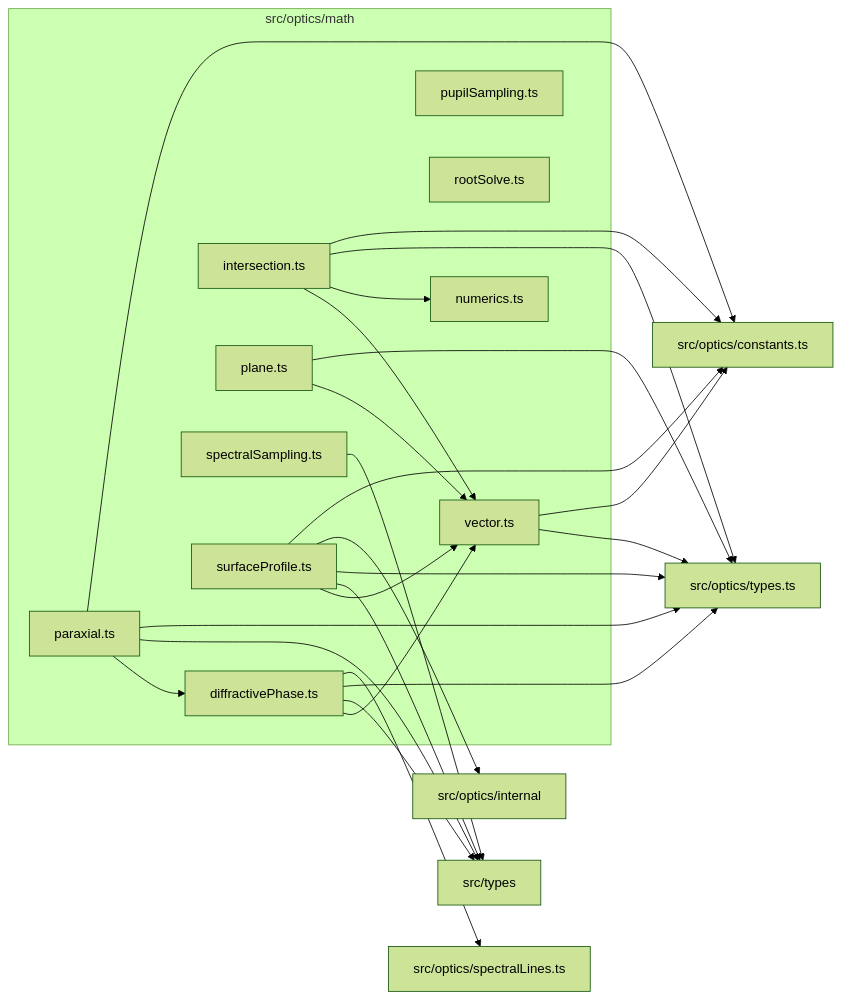
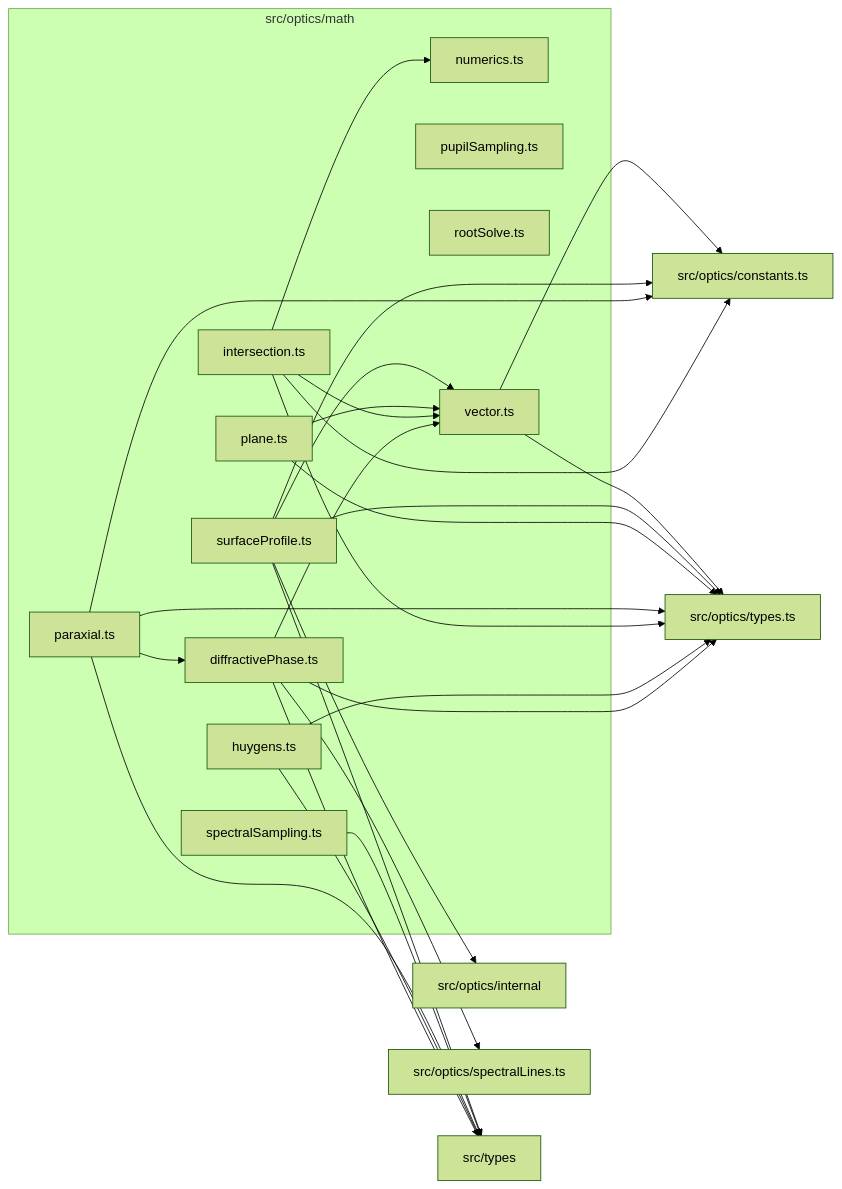
Before and after one commit to ronbuening/LensVisualizer: the diagram in src/optics/math/readme.md, drawn with Mermaid (forest theme). The commit also changed other lines of this file and 16 other files, not shown here.

Commit message:
feat(optics): add optical path and scalar Huygens diffraction

````diff
--- a/src/optics/math/readme.md
+++ b/src/optics/math/readme.md
@@ -9,42 +9,45 @@
 ```mermaid
 flowchart LR
   subgraph n_src_optics_math["src/optics/math"]
     n_src_optics_math_src_optics_math_diffractivePhase_ts["diffractivePhase.ts"]
+    n_src_optics_math_src_optics_math_huygens_ts["huygens.ts"]
     n_src_optics_math_src_optics_math_intersection_ts["intersection.ts"]
     n_src_optics_math_src_optics_math_numerics_ts["numerics.ts"]
     n_src_optics_math_src_optics_math_paraxial_ts["paraxial.ts"]
     n_src_optics_math_src_optics_math_plane_ts["plane.ts"]
     n_src_optics_math_src_optics_math_pupilSampling_ts["pupilSampling.ts"]
     n_src_optics_math_src_optics_math_rootSolve_ts["rootSolve.ts"]
     n_src_optics_math_src_optics_math_spectralSampling_ts["spectralSampling.ts"]
     n_src_optics_math_src_optics_math_surfaceProfile_ts["surfaceProfile.ts"]
     n_src_optics_math_src_optics_math_vector_ts["vector.ts"]
   end
   n_external_src_optics_constants_ts["src/optics/constants.ts"]
   n_external_src_optics_internal["src/optics/internal"]
   n_external_src_optics_spectralLines_ts["src/optics/spectralLines.ts"]
   n_external_src_optics_types_ts["src/optics/types.ts"]
   n_external_src_types["src/types"]
   n_src_optics_math_src_optics_math_intersection_ts --> n_external_src_optics_constants_ts
   n_src_optics_math_src_optics_math_paraxial_ts --> n_external_src_optics_constants_ts
   n_src_optics_math_src_optics_math_surfaceProfile_ts --> n_external_src_optics_constants_ts
   n_src_optics_math_src_optics_math_vector_ts --> n_external_src_optics_constants_ts
   n_src_optics_math_src_optics_math_surfaceProfile_ts --> n_external_src_optics_internal
   n_src_optics_math_src_optics_math_diffractivePhase_ts --> n_external_src_optics_spectralLines_ts
   n_src_optics_math_src_optics_math_diffractivePhase_ts --> n_external_src_optics_types_ts
+  n_src_optics_math_src_optics_math_huygens_ts --> n_external_src_optics_types_ts
   n_src_optics_math_src_optics_math_intersection_ts --> n_external_src_optics_types_ts
   n_src_optics_math_src_optics_math_paraxial_ts --> n_external_src_optics_types_ts
   n_src_optics_math_src_optics_math_plane_ts --> n_external_src_optics_types_ts
   n_src_optics_math_src_optics_math_surfaceProfile_ts --> n_external_src_optics_types_ts
   n_src_optics_math_src_optics_math_vector_ts --> n_external_src_optics_types_ts
   n_src_optics_math_src_optics_math_diffractivePhase_ts --> n_external_src_types
+  n_src_optics_math_src_optics_math_huygens_ts --> n_external_src_types
   n_src_optics_math_src_optics_math_paraxial_ts --> n_external_src_types
   n_src_optics_math_src_optics_math_spectralSampling_ts --> n_external_src_types
   n_src_optics_math_src_optics_math_surfaceProfile_ts --> n_external_src_types
   n_src_optics_math_src_optics_math_paraxial_ts --> n_src_optics_math_src_optics_math_diffractivePhase_ts
   n_src_optics_math_src_optics_math_intersection_ts --> n_src_optics_math_src_optics_math_numerics_ts
   n_src_optics_math_src_optics_math_diffractivePhase_ts --> n_src_optics_math_src_optics_math_vector_ts
   n_src_optics_math_src_optics_math_intersection_ts --> n_src_optics_math_src_optics_math_vector_ts
   n_src_optics_math_src_optics_math_plane_ts --> n_src_optics_math_src_optics_math_vector_ts
   n_src_optics_math_src_optics_math_surfaceProfile_ts --> n_src_optics_math_src_optics_math_vector_ts
 ```
````
